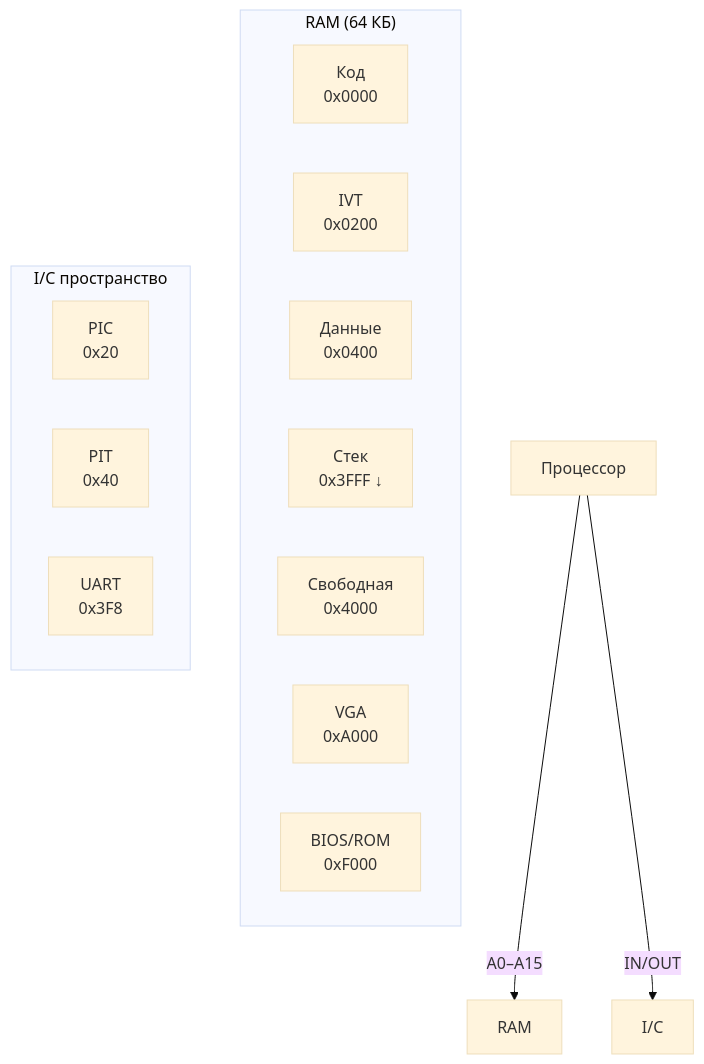
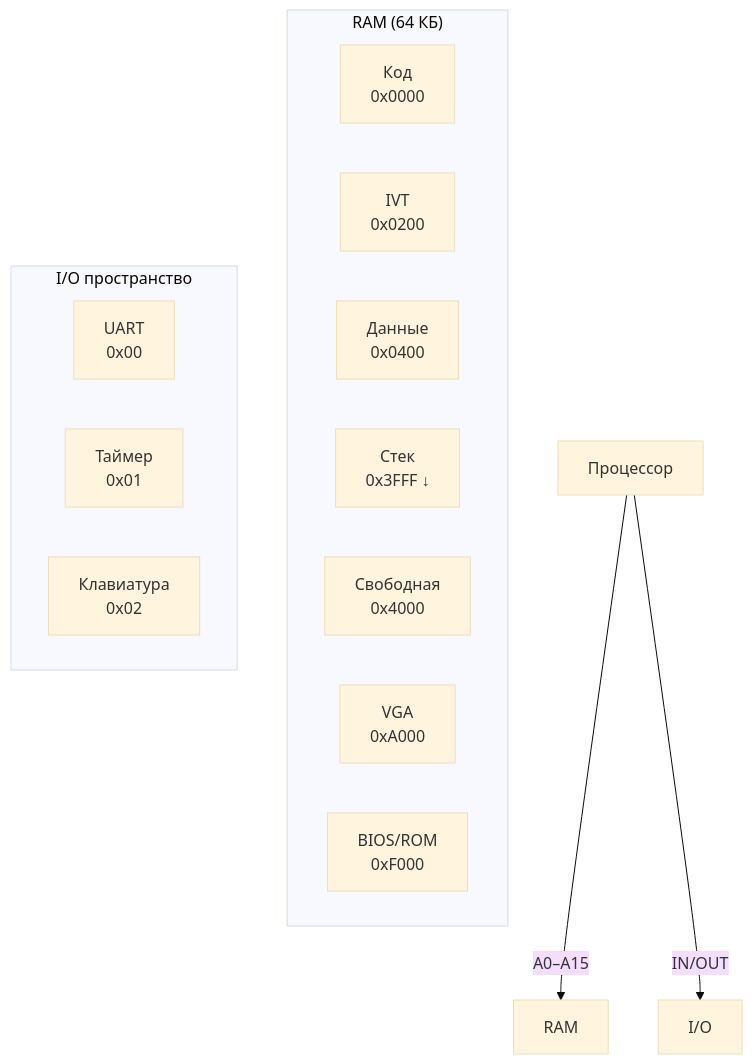
The fourth of 4 diagrams in docs/ru/architecture/memory-map.md (MinecAnton209/NovumOS-16bit), drawn with Mermaid (base theme) before and after one commit. The commit also changed other lines of this file and 30 other files, not shown here.

First line of the commit message:
feat: simple UART at port 0x00, kernel shell, remove PIC/PIT/UART16550, update docs

````diff
--- a/docs/ru/architecture/memory-map.md
+++ b/docs/ru/architecture/memory-map.md
@@ -184,23 +153,23 @@
 ```mermaid
 graph TD
     CPU["Процессор"]
     
     subgraph "RAM (64 КБ)"
         CODE["Код\n0x0000"]
         IVT["IVT\n0x0200"]
         DATA["Данные\n0x0400"]
         STACK["Стек\n0x3FFF ↓"]
         FREE["Свободная\n0x4000"]
         VGA_MEM["VGA\n0xA000"]
         BIOS["BIOS/ROM\n0xF000"]
     end
 
-    subgraph "I/C пространство"
-        PIC_P["PIC\n0x20"]
-        PIT_P["PIT\n0x40"]
-        UART_P["UART\n0x3F8"]
+    subgraph "I/O пространство"
+        UART_P["UART\n0x00"]
+        TIMER_P["Таймер\n0x01"]
+        KBD_P["Клавиатура\n0x02"]
     end
 
     CPU -->|"A0–A15"| RAM
-    CPU -->|"IN/OUT"| I/C
+    CPU -->|"IN/OUT"| I/O
 ```
````
